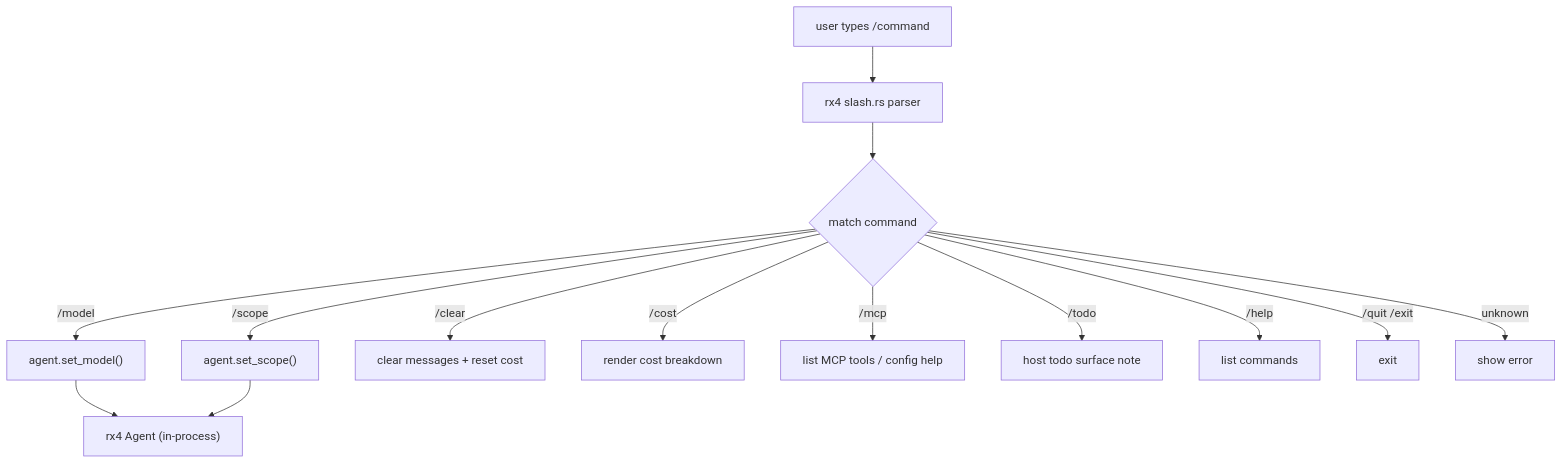
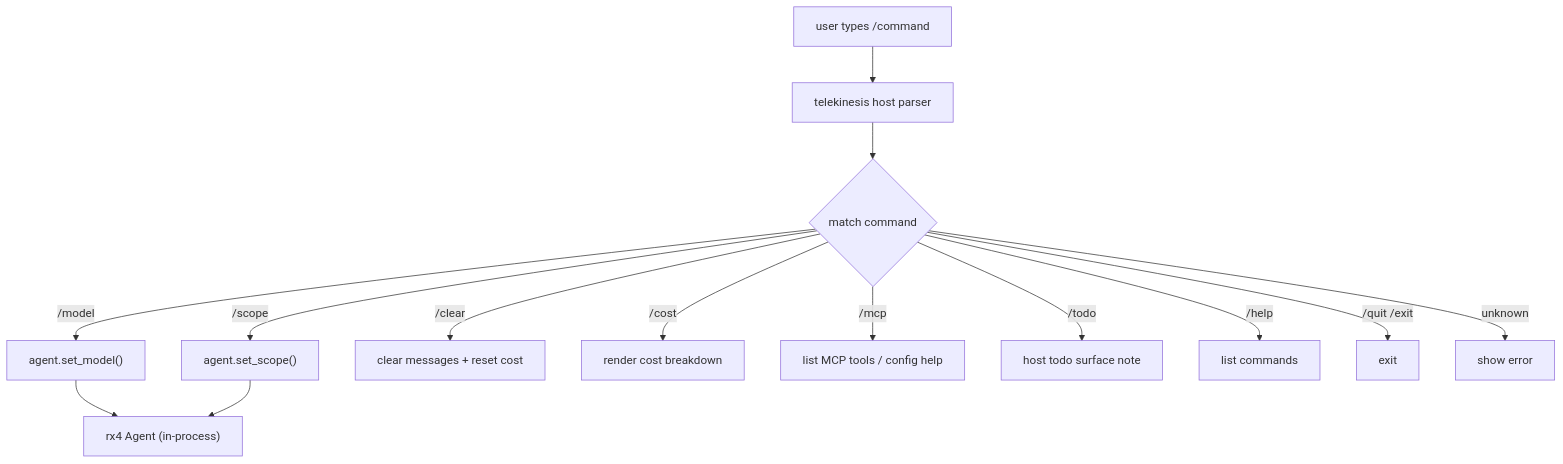
One commit to semitechnological/telekinesis changed the third of 3 diagrams in README.md. Above: the diagram before and after it, drawn with Mermaid. The commit also changed 6 other files, not shown here.

````diff
--- a/README.md
+++ b/README.md
@@ -85,16 +85,16 @@
 ```mermaid
 flowchart TD
-  Type["user types /command"] --> Parse["rx4 slash.rs parser"]
+  Type["user types /command"] --> Parse["telekinesis host parser"]
   Parse --> Match{"match command"}
   Match -->|/model| M["agent.set_model()"]
   Match -->|/scope| S["agent.set_scope()"]
   Match -->|/clear| C["clear messages + reset cost"]
   Match -->|/cost| Co["render cost breakdown"]
   Match -->|/mcp| Mcp["list MCP tools / config help"]
   Match -->|/todo| Todo["host todo surface note"]
   Match -->|/help| H["list commands"]
   Match -->|/quit /exit| Q["exit"]
   Match -->|unknown| E["show error"]
   M --> Agent["rx4 Agent (in-process)"]
   S --> Agent
 ```
````
